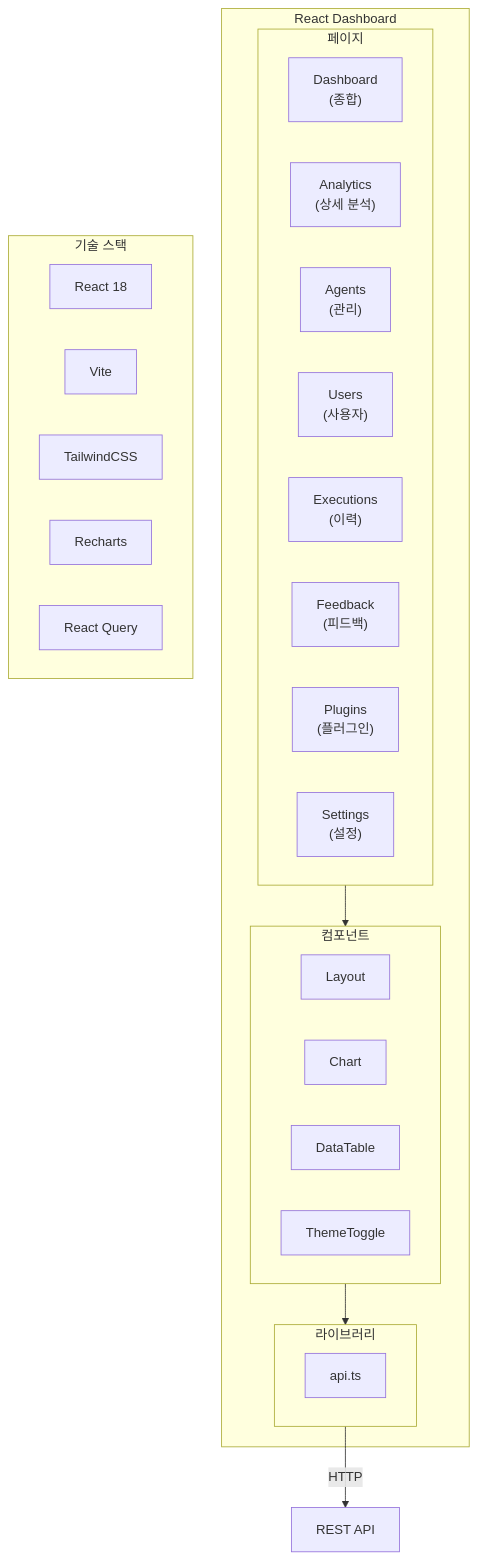
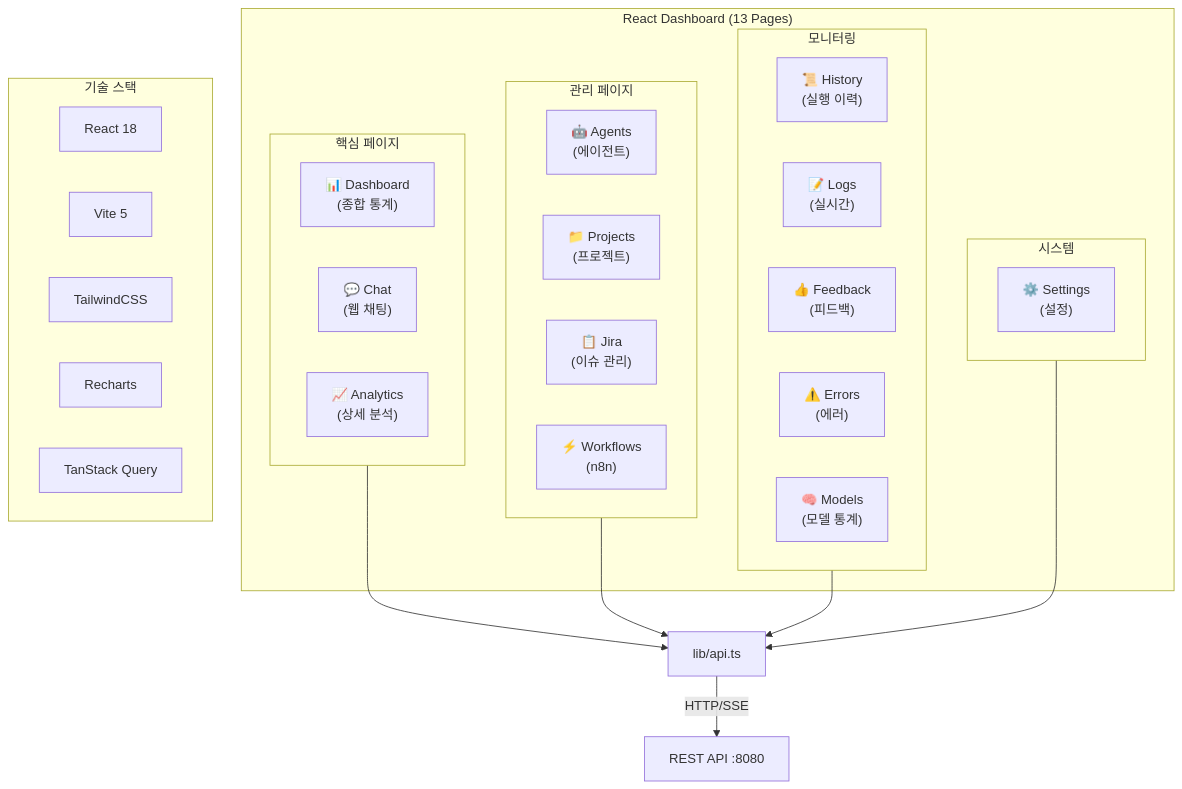
Before and after one commit to Gyeom/claude-flow: diagram 15 of 16 in docs/ARCHITECTURE.md, drawn with Mermaid. The commit also changed other lines of this file and 1 other file, not shown here.

First line of the commit message:
docs: 아키텍처 문서 최신화 (RAG, 피드백 루프, Enrichment)

````diff
--- a/docs/ARCHITECTURE.md
+++ b/docs/ARCHITECTURE.md
@@ -462,38 +600,43 @@
 ```mermaid
 flowchart TD
-    subgraph Dashboard["React Dashboard"]
-        subgraph Pages["페이지"]
-            P1["Dashboard<br/>(종합)"]
-            P2["Analytics<br/>(상세 분석)"]
-            P3["Agents<br/>(관리)"]
-            P4["Users<br/>(사용자)"]
-            P5["Executions<br/>(이력)"]
-            P6["Feedback<br/>(피드백)"]
-            P7["Plugins<br/>(플러그인)"]
-            P8["Settings<br/>(설정)"]
+    subgraph Dashboard["React Dashboard (13 Pages)"]
+        subgraph Core["핵심 페이지"]
+            P1["📊 Dashboard<br/>(종합 통계)"]
+            P2["💬 Chat<br/>(웹 채팅)"]
+            P3["📈 Analytics<br/>(상세 분석)"]
         end
 
-        subgraph Components["컴포넌트"]
-            C1["Layout"]
-            C2["Chart"]
-            C3["DataTable"]
-            C4["ThemeToggle"]
+        subgraph Management["관리 페이지"]
+            P4["🤖 Agents<br/>(에이전트)"]
+            P5["📁 Projects<br/>(프로젝트)"]
+            P6["📋 Jira<br/>(이슈 관리)"]
+            P7["⚡ Workflows<br/>(n8n)"]
         end
 
-        subgraph Lib["라이브러리"]
-            API["api.ts"]
+        subgraph Monitoring["모니터링"]
+            P8["📜 History<br/>(실행 이력)"]
+            P9["📝 Logs<br/>(실시간)"]
+            P10["👍 Feedback<br/>(피드백)"]
+            P11["⚠️ Errors<br/>(에러)"]
+            P12["🧠 Models<br/>(모델 통계)"]
+        end
+
+        subgraph System["시스템"]
+            P13["⚙️ Settings<br/>(설정)"]
         end
     end
 
     subgraph Tech["기술 스택"]
         React["React 18"]
-        Vite["Vite"]
+        Vite["Vite 5"]
         TW["TailwindCSS"]
         RC["Recharts"]
-        RQ["React Query"]
+        RQ["TanStack Query"]
     end
 
-    Pages --> Components
-    Components --> Lib
-    Lib -->|HTTP| Backend["REST API"]
+    Core --> API["lib/api.ts"]
+    Management --> API
+    Monitoring --> API
+    System --> API
+    API -->|HTTP/SSE| Backend["REST API :8080"]
 ```
````
